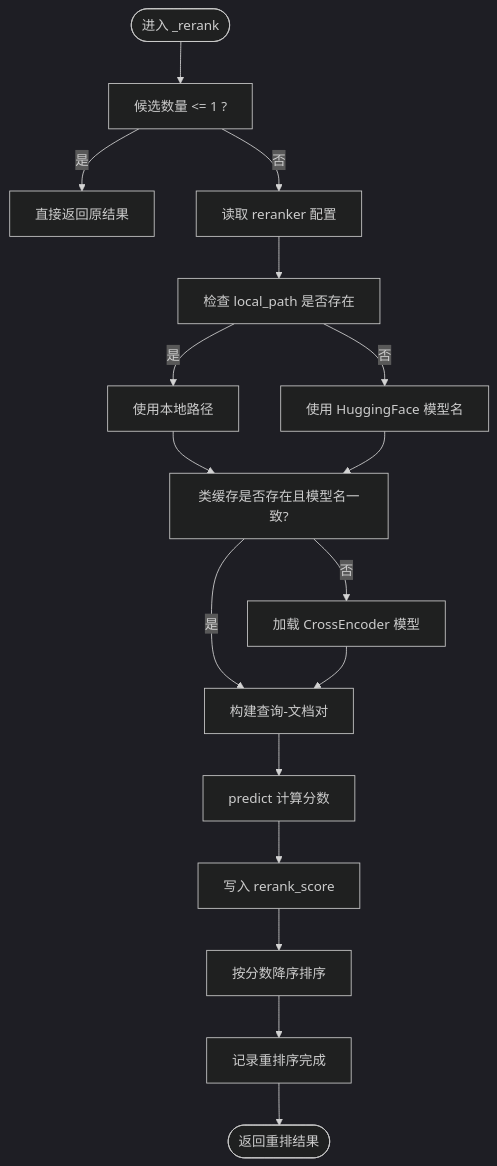
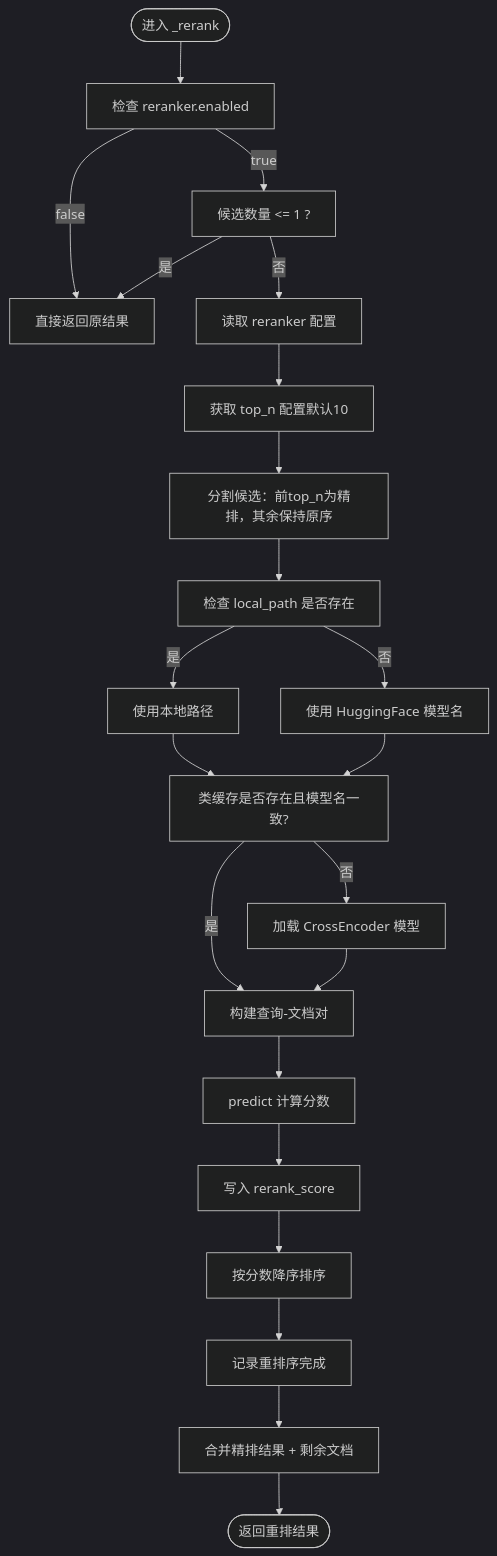
One commit to joyafa/knowledge changed the third of 7 diagrams in .qoder/repowiki/zh/content/RAG核心引擎/RAG检索链实现/交叉编码器重排序.md. Above: the diagram before and after it, drawn with Mermaid (dark theme). The commit also changed other lines of this file and 16 other files, not shown here.

````diff
--- a/.qoder/repowiki/zh/content/RAG核心引擎/RAG检索链实现/交叉编码器重排序.md
+++ b/.qoder/repowiki/zh/content/RAG核心引擎/RAG检索链实现/交叉编码器重排序.md
@@ -189,19 +208,24 @@
 ```mermaid
 flowchart TD
-Start(["进入 _rerank"]) --> CheckLen["候选数量 <= 1 ?"]
-CheckLen --> |是| ReturnOrig["直接返回原结果"]
+Start(["进入 _rerank"]) --> CheckEnabled["检查 reranker.enabled"]
+CheckEnabled --> |false| ReturnOrig["直接返回原结果"]
+CheckEnabled --> |true| CheckLen["候选数量 <= 1 ?"]
+CheckLen --> |是| ReturnOrig
 CheckLen --> |否| GetCfg["读取 reranker 配置"]
-GetCfg --> CheckLocal["检查 local_path 是否存在"]
+GetCfg --> GetTopN["获取 top_n 配置默认10"]
+GetTopN --> SplitCandidates["分割候选：前top_n为精排，其余保持原序"]
+SplitCandidates --> CheckLocal["检查 local_path 是否存在"]
 CheckLocal --> |是| UseLocal["使用本地路径"]
 CheckLocal --> |否| UseHF["使用 HuggingFace 模型名"]
 UseLocal --> CheckCache["类缓存是否存在且模型名一致?"]
 UseHF --> CheckCache
 CheckCache --> |否| LoadModel["加载 CrossEncoder 模型"]
 CheckCache --> |是| BuildPairs["构建查询-文档对"]
 LoadModel --> BuildPairs
 BuildPairs --> Predict["predict 计算分数"]
 Predict --> AssignScore["写入 rerank_score"]
 AssignScore --> Sort["按分数降序排序"]
 Sort --> Log["记录重排序完成"]
-Log --> End(["返回重排结果"])
+Log --> MergeResults["合并精排结果 + 剩余文档"]
+MergeResults --> End(["返回重排结果"])
 ```
````
